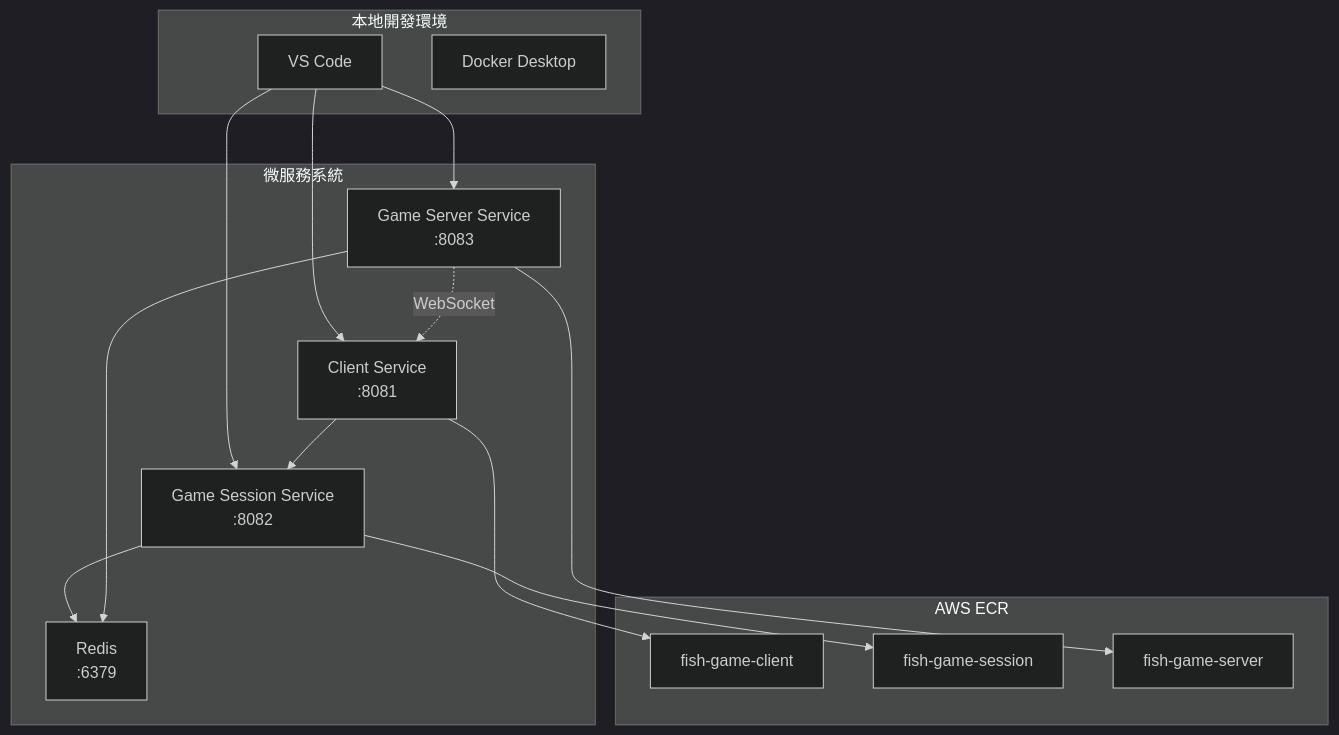
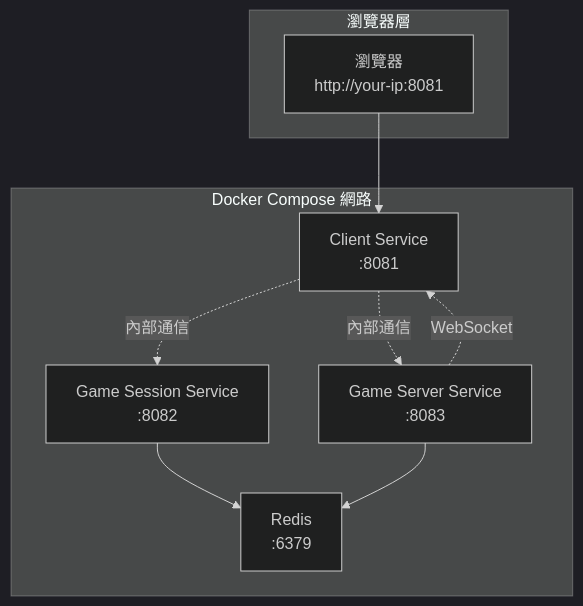
One commit to hoycdanny/fish-machine-workshop changed the diagram in 1.service-verification-containerization/README.md. Above: the diagram before and after it, drawn with Mermaid (dark theme). The commit also changed other lines of this file and 9 other files, not shown here.

````diff
--- a/1.service-verification-containerization/README.md
+++ b/1.service-verification-containerization/README.md
@@ -37,33 +16,20 @@
 ```mermaid
 graph TB
-    subgraph "本地開發環境"
-        VS[VS Code]
-        Docker[Docker Desktop]
+    subgraph "瀏覽器層"
+        Browser[瀏覽器<br/>http://your-ip:8081]
     end
     
-    subgraph "微服務系統"
+    subgraph "Docker Compose 網路"
         CS[Client Service<br/>:8081]
         GSS[Game Session Service<br/>:8082]
         GS[Game Server Service<br/>:8083]
         Redis[Redis<br/>:6379]
     end
     
-    subgraph "AWS ECR"
-        ECR1[fish-game-client]
-        ECR2[fish-game-session]
-        ECR3[fish-game-server]
-    end
-    
-    VS --> CS
-    VS --> GSS
-    VS --> GS
-    
-    CS --> GSS
+    Browser --> CS
+    CS -.內部通信.-> GSS
+    CS -.內部通信.-> GS
     GSS --> Redis
     GS --> Redis
     GS -.WebSocket.-> CS
-    
-    CS --> ECR1
-    GSS --> ECR2
-    GS --> ECR3
 ```
````
